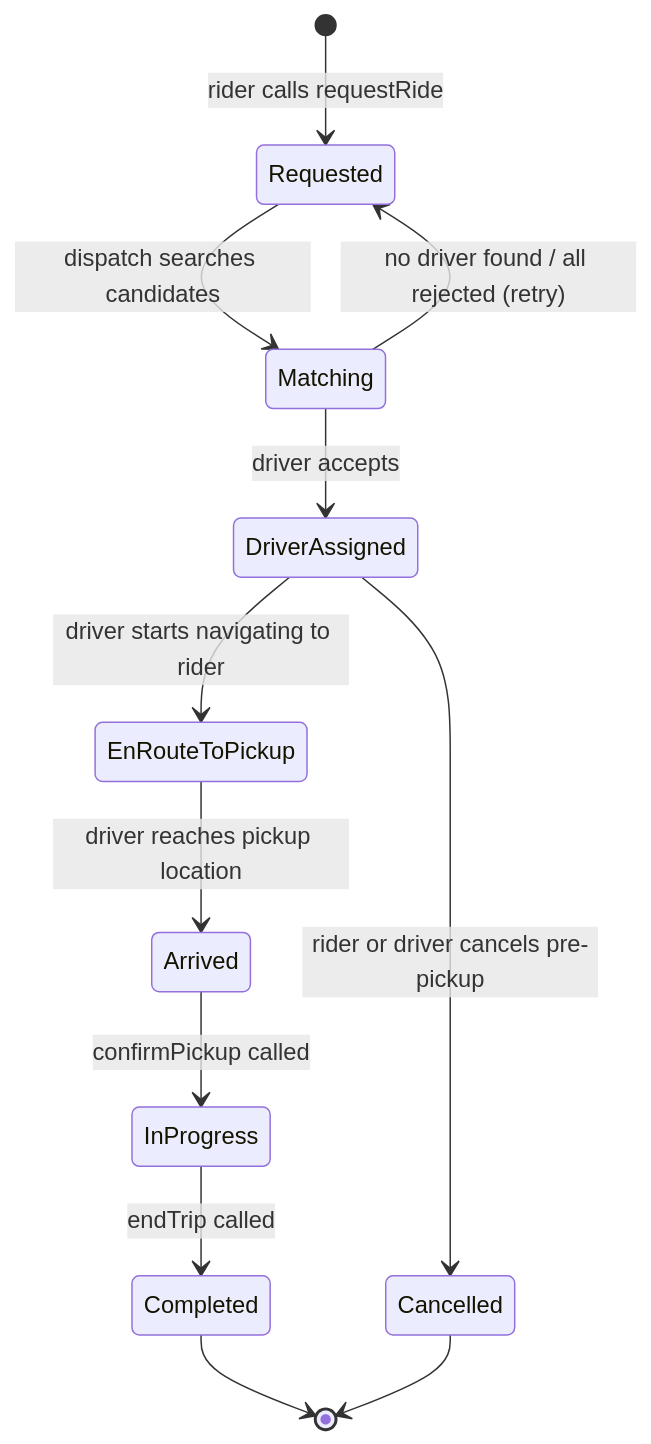
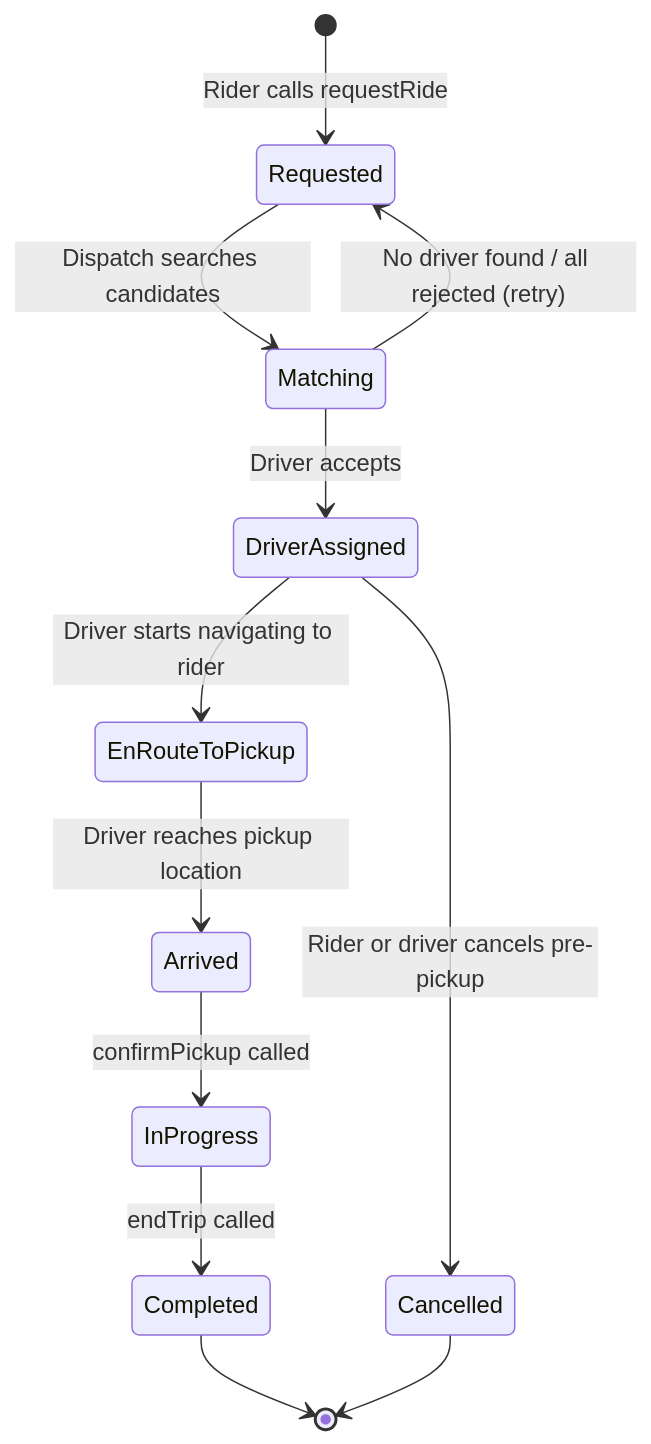
Diagram 21 of 25 in system-design/HLD/0-course/30-Design Uber-FAANG-Guide.md (riyaz-pasha/Learnings), drawn with Mermaid before and after one commit. The commit also changed other lines of this file and 1 other file, not shown here.

First line of the commit message:
[REWRITE] Design Uber guides: simplify prose, add structure, fix dark-theme diagrams

````diff
--- a/system-design/HLD/0-course/30-Design Uber-FAANG-Guide.md
+++ b/system-design/HLD/0-course/30-Design Uber-FAANG-Guide.md
@@ -960,14 +1051,14 @@
 ```mermaid
 stateDiagram-v2
-    [*] --> Requested: rider calls requestRide
-    Requested --> Matching: dispatch searches candidates
-    Matching --> Requested: no driver found / all rejected (retry)
-    Matching --> DriverAssigned: driver accepts
-    DriverAssigned --> Cancelled: rider or driver cancels pre-pickup
-    DriverAssigned --> EnRouteToPickup: driver starts navigating to rider
-    EnRouteToPickup --> Arrived: driver reaches pickup location
+    [*] --> Requested: Rider calls requestRide
+    Requested --> Matching: Dispatch searches candidates
+    Matching --> Requested: No driver found / all rejected (retry)
+    Matching --> DriverAssigned: Driver accepts
+    DriverAssigned --> Cancelled: Rider or driver cancels pre-pickup
+    DriverAssigned --> EnRouteToPickup: Driver starts navigating to rider
+    EnRouteToPickup --> Arrived: Driver reaches pickup location
     Arrived --> InProgress: confirmPickup called
     InProgress --> Completed: endTrip called
     Completed --> [*]
     Cancelled --> [*]
 ```
````
